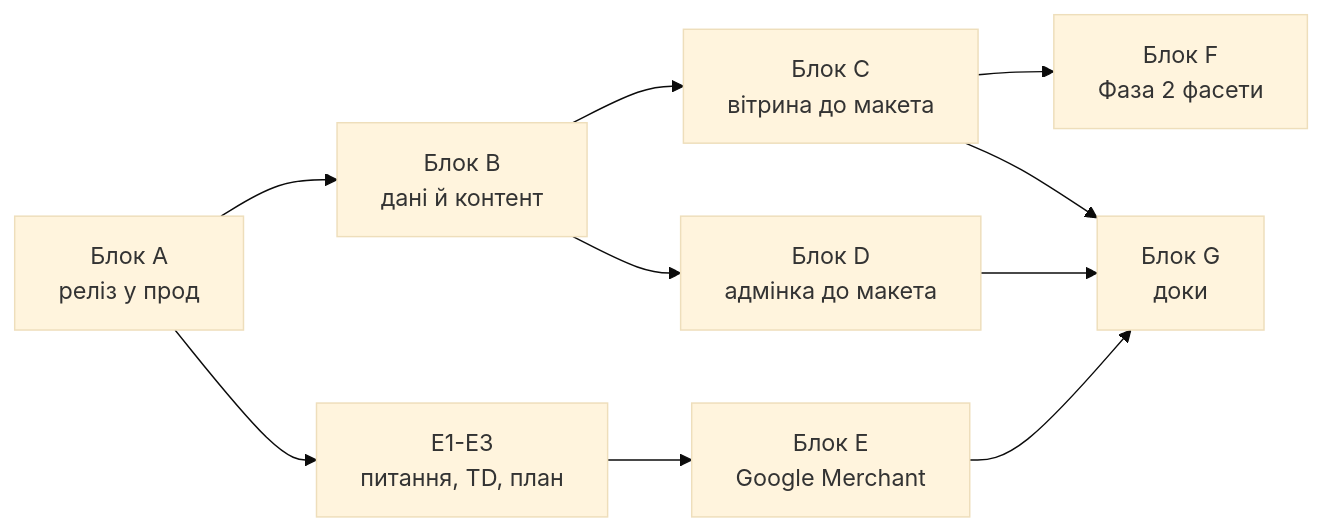
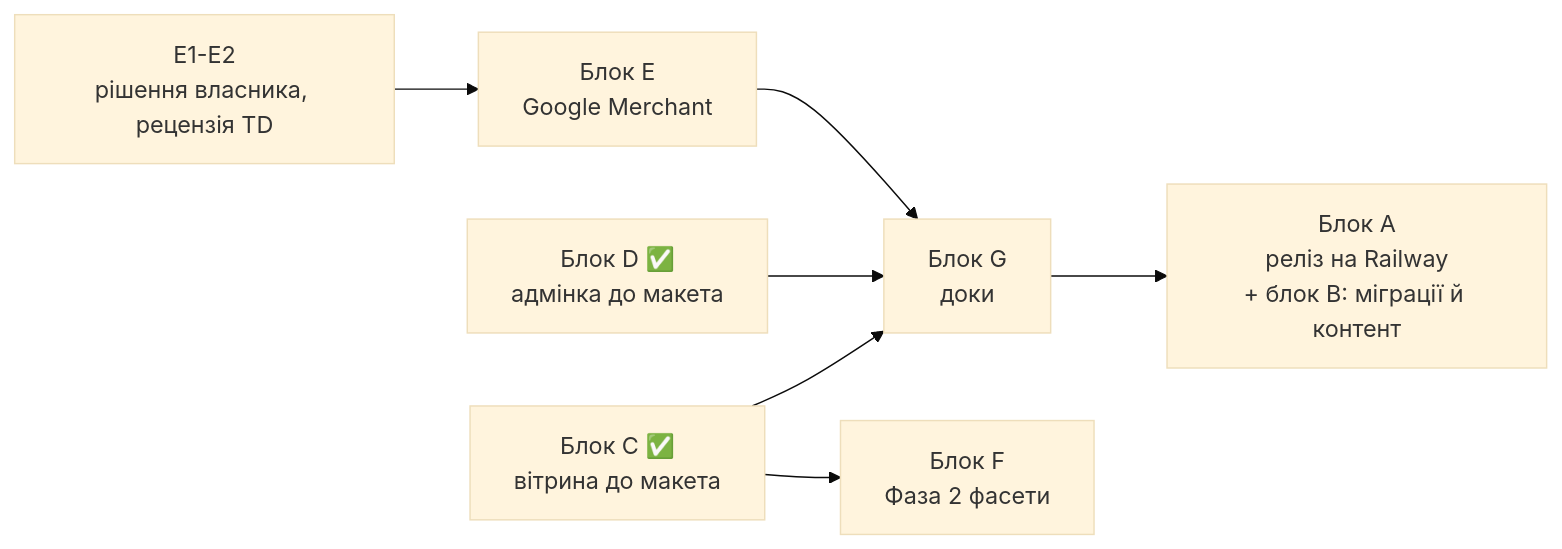
Before and after one commit to vvbogdanovih/fillando-meta: the diagram in docs/plans/plan-0005-catalog-target-state.md, drawn with Mermaid (base theme). The commit also changed other lines of this file and 4 other files, not shown here.

````diff
--- a/docs/plans/plan-0005-catalog-target-state.md
+++ b/docs/plans/plan-0005-catalog-target-state.md
@@ -176,12 +213,9 @@
 ```mermaid
 graph LR
-    A[Блок A<br/>реліз у прод] --> B[Блок B<br/>дані й контент]
-    B --> C[Блок C<br/>вітрина до макета]
-    B --> D[Блок D<br/>адмінка до макета]
-    A --> E1[E1-E3<br/>питання, TD, план]
-    E1 --> E[Блок E<br/>Google Merchant]
+    C[Блок C ✅<br/>вітрина до макета] --> G[Блок G<br/>доки]
+    D[Блок D ✅<br/>адмінка до макета] --> G
+    E1[E1-E2<br/>рішення власника, рецензія TD] --> E[Блок E<br/>Google Merchant]
+    E --> G
     C --> F[Блок F<br/>Фаза 2 фасети]
-    C --> G[Блок G<br/>доки]
-    D --> G
-    E --> G
+    G --> A[Блок A<br/>реліз на Railway<br/>+ блок B: міграції й контент]
 ```
````
